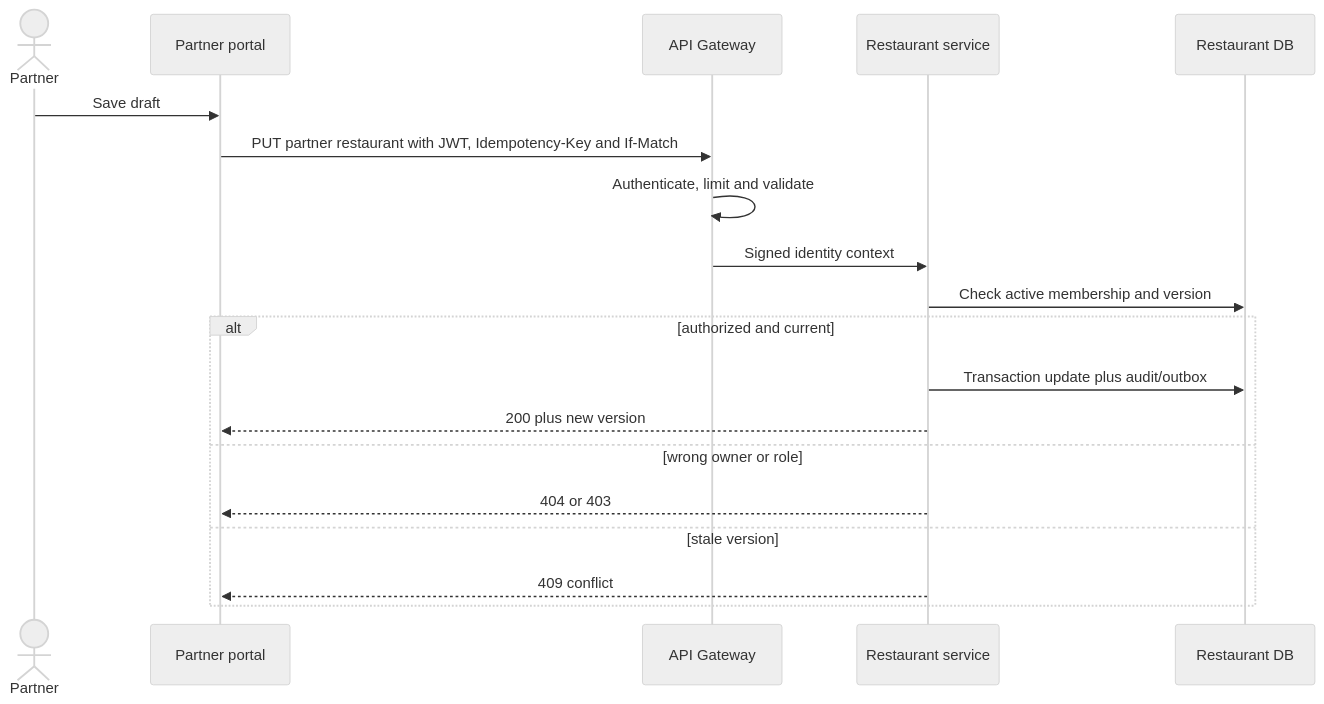
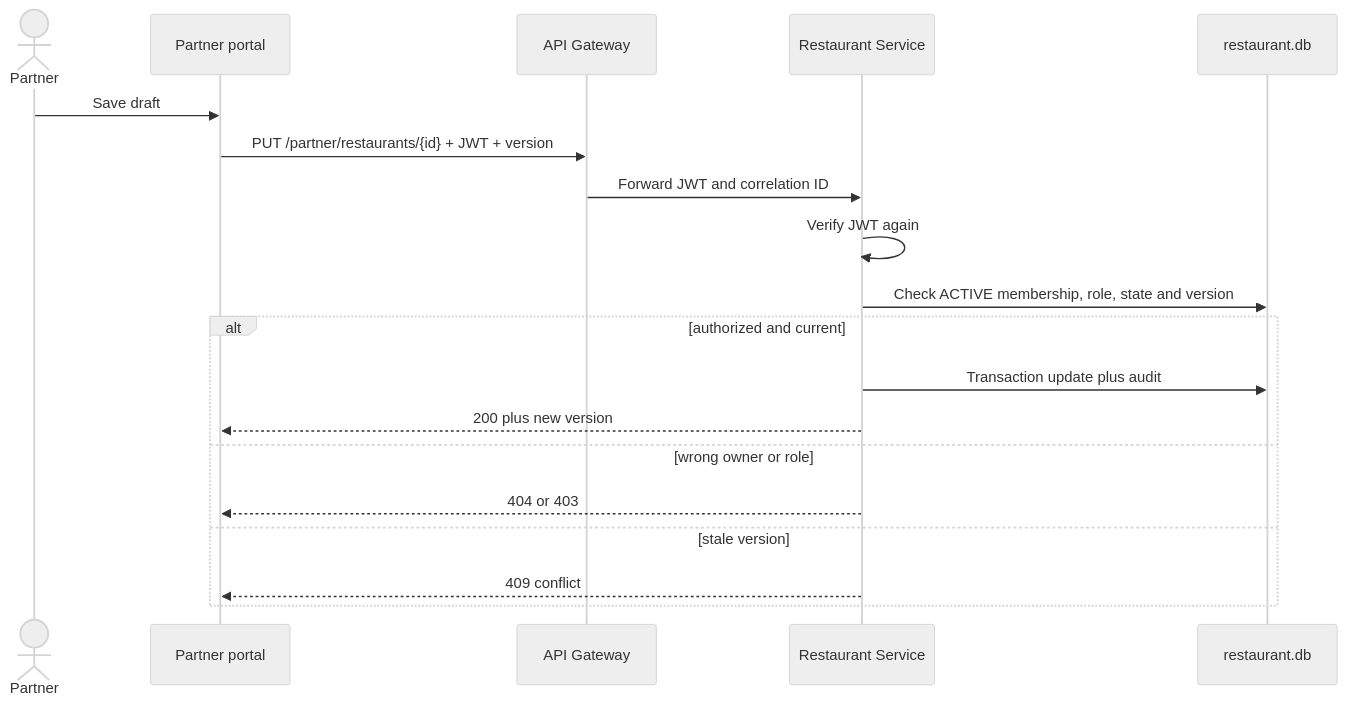
The third of 4 diagrams in docs/PARTNER_PORTAL_SEQUENCES.md (Pankil-Mevada/FoodService), drawn with Mermaid (neutral theme) before and after one commit. The commit also changed other lines of this file and 27 other files, not shown here.

Commit message:
Implement secure restaurant partner backend

```diff
--- a/docs/PARTNER_PORTAL_SEQUENCES.md
+++ b/docs/PARTNER_PORTAL_SEQUENCES.md
@@ -5,21 +49,21 @@
 ~~~mermaid
 sequenceDiagram
  actor Partner
  participant UI as Partner portal
  participant GW as API Gateway
- participant RS as Restaurant service
- participant DB as Restaurant DB
+ participant RS as Restaurant Service
+ participant DB as restaurant.db
  Partner->>UI: Save draft
- UI->>GW: PUT partner restaurant with JWT, Idempotency-Key and If-Match
- GW->>GW: Authenticate, limit and validate
- GW->>RS: Signed identity context
- RS->>DB: Check active membership and version
+ UI->>GW: PUT /partner/restaurants/{id} + JWT + version
+ GW->>RS: Forward JWT and correlation ID
+ RS->>RS: Verify JWT again
+ RS->>DB: Check ACTIVE membership, role, state and version
  alt authorized and current
-  RS->>DB: Transaction update plus audit/outbox
+  RS->>DB: Transaction update plus audit
   RS-->>UI: 200 plus new version
  else wrong owner or role
   RS-->>UI: 404 or 403
  else stale version
   RS-->>UI: 409 conflict
  end
 ~~~
```
